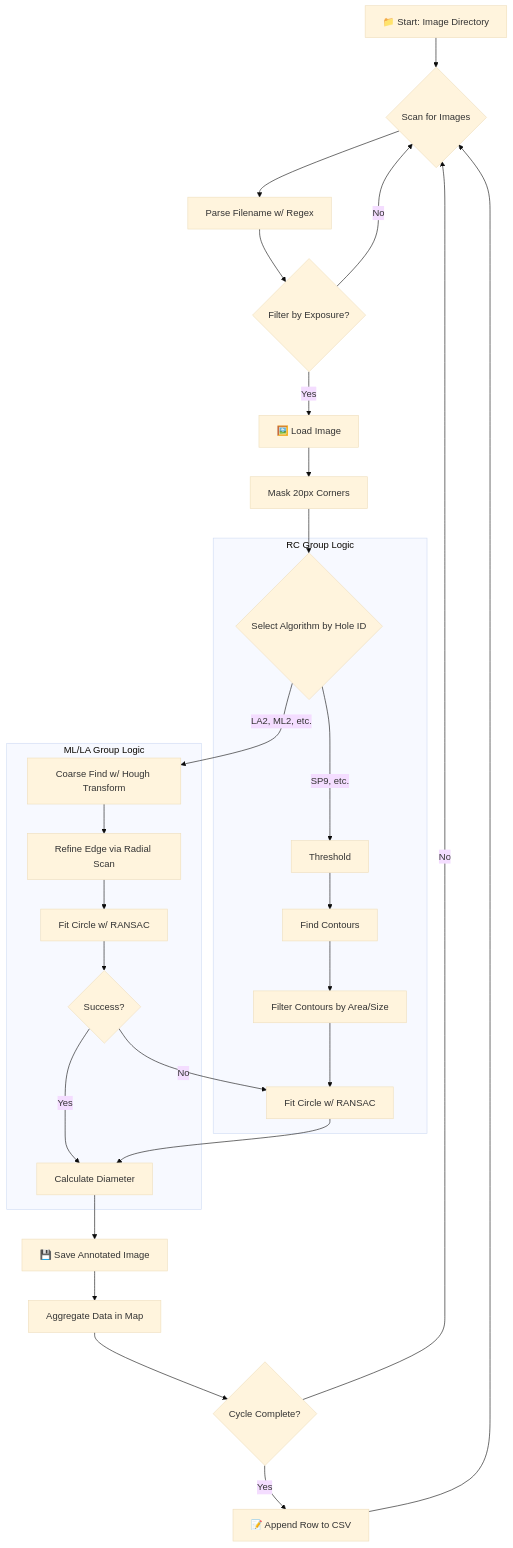
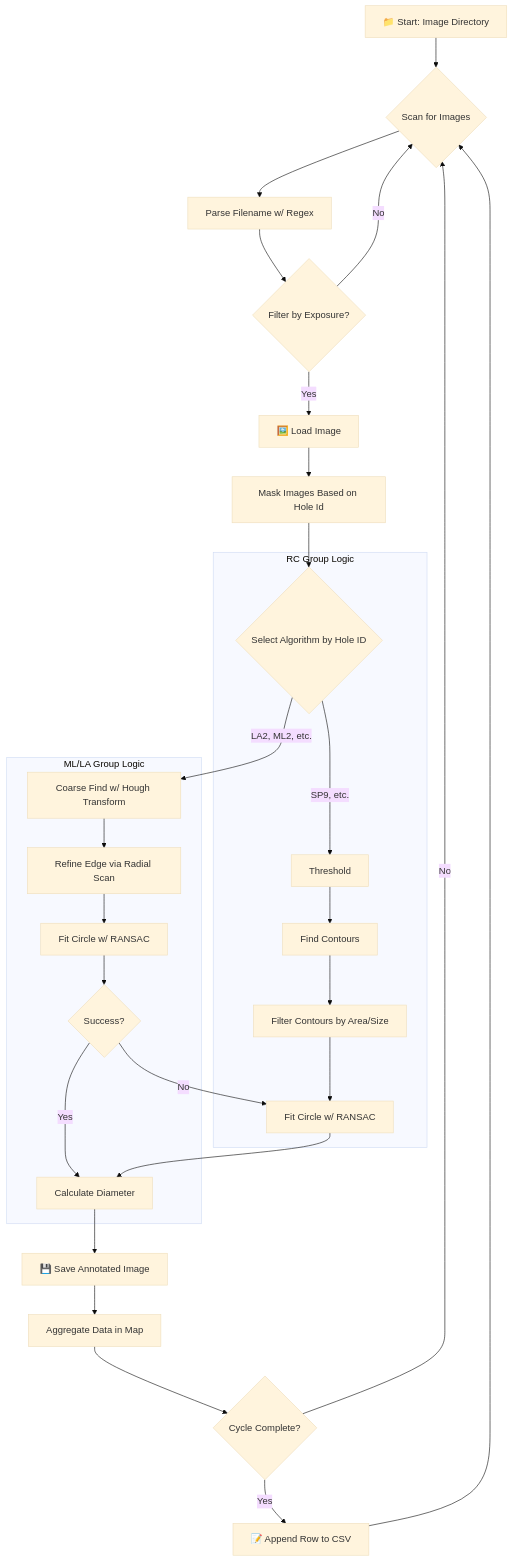
Before and after one commit to SARATH062005/Hole_Dia_Detection: the diagram in README.md, drawn with Mermaid (base theme).

Commit message:
✨README.md

````diff
--- a/README.md
+++ b/README.md
@@ -19,34 +19,34 @@
 ```mermaid
 graph TD
     A[📁 Start: Image Directory] --> B{Scan for Images};
     B --> C[Parse Filename w/ Regex];
     C --> D{Filter by Exposure?};
     D -- Yes --> E[🖼️ Load Image];
     D -- No --> B;
-    E --> F[Mask 20px Corners];
+    E --> F[Mask Images Based on Hole Id];
     F --> G{Select Algorithm by Hole ID};
     
     subgraph RC Group Logic
         G -- "SP9, etc." --> H[Threshold];
         H --> I[Find Contours];
         I --> J[Filter Contours by Area/Size];
         J --> K[Fit Circle w/ RANSAC];
     end
 
     subgraph ML/LA Group Logic
         G -- "LA2, ML2, etc." --> L[Coarse Find w/ Hough Transform];
         L --> M[Refine Edge via Radial Scan];
         M --> N[Fit Circle w/ RANSAC];
         N --> O{Success?};
         O -- No --> K;
         O -- Yes --> P[Calculate Diameter];
     end
 
     K --> P;
     P --> Q[💾 Save Annotated Image];
     Q --> R[Aggregate Data in Map];
     R --> S{Cycle Complete?};
     S -- No --> B;
     S -- Yes --> T[📝 Append Row to CSV];
     T --> B;
 ```
````
